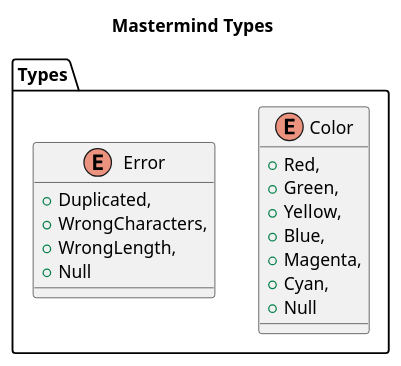
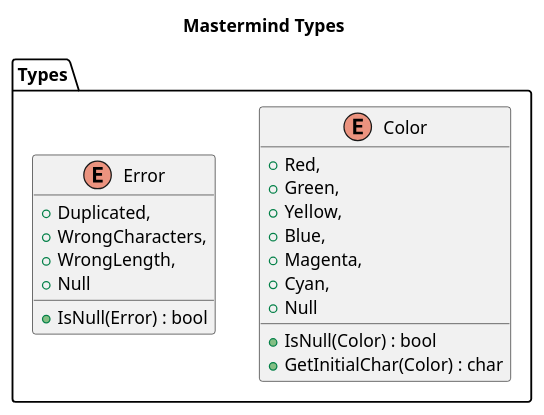
The diagram in src/Mastermind/DocumentView/Basic/Docs/Types.plantuml (franpaulinoinfante/MasterSoftwareDevelopment), drawn with PlantUML before and after one commit. The commit also changed 4 other files, not shown here.

```diff
--- a/src/Mastermind/DocumentView/Basic/Docs/Types.plantuml
+++ b/src/Mastermind/DocumentView/Basic/Docs/Types.plantuml
@@ -1,21 +1,24 @@
 @startuml MastermindTypes
 title Mastermind Types
 namespace Types{
-    enum Types.Color{
+    enum Color{
         +Red,
         +Green,
         +Yellow,
         +Blue,
         +Magenta,
         +Cyan,
         +Null
+        +IsNull(Color) : bool
+        +GetInitialChar(Color) : char
     }
 
-    enum Types.Error{
+    enum Error{
         +Duplicated,
         +WrongCharacters,
         +WrongLength,
         +Null
+        +IsNull(Error) : bool
     }
 }
 @enduml
```
